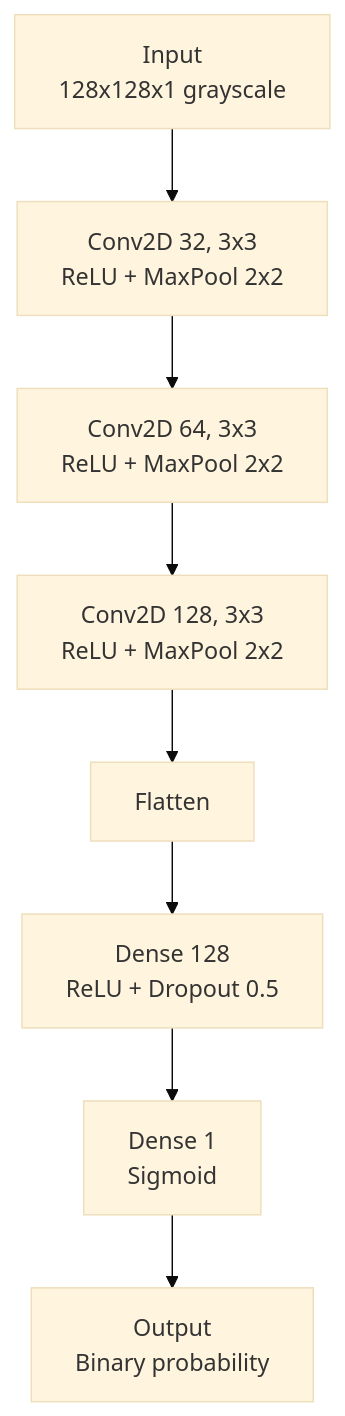
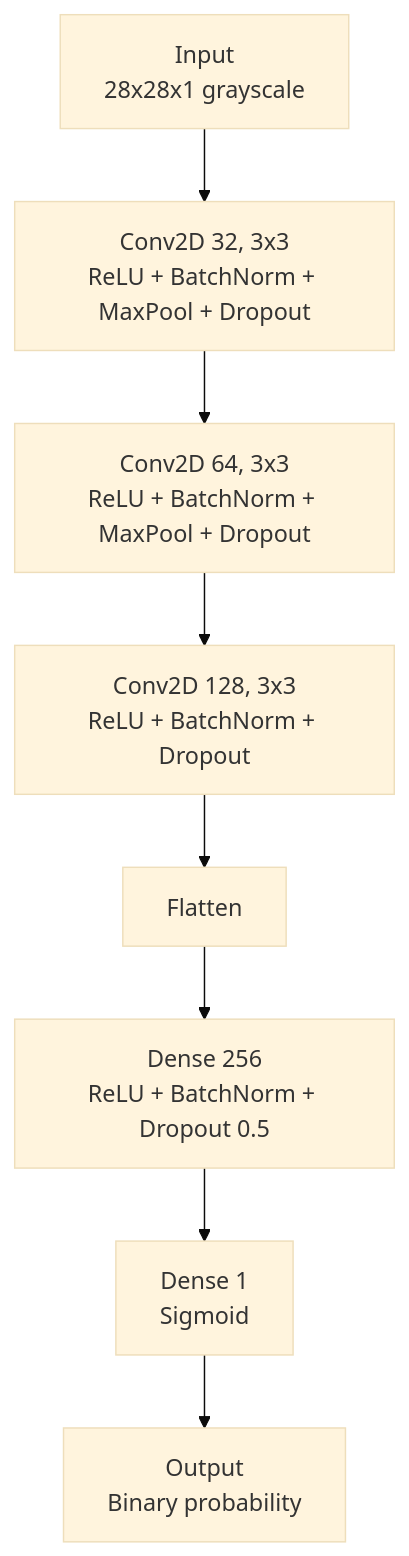
The fourth of 5 diagrams in .documentation/architecture.md (mc-ondros/DoodleParty), drawn with Mermaid (base theme) before and after one commit. The commit also changed other lines of this file and 28 other files, not shown here.

````diff
--- a/.documentation/architecture.md
+++ b/.documentation/architecture.md
@@ -133,10 +141,10 @@
 ```mermaid
 graph TB
-    Input[Input<br/>128x128x1 grayscale] --> Conv1[Conv2D 32, 3x3<br/>ReLU + MaxPool 2x2]
-    Conv1 --> Conv2[Conv2D 64, 3x3<br/>ReLU + MaxPool 2x2]
-    Conv2 --> Conv3[Conv2D 128, 3x3<br/>ReLU + MaxPool 2x2]
+    Input[Input<br/>28x28x1 grayscale] --> Conv1[Conv2D 32, 3x3<br/>ReLU + BatchNorm + MaxPool + Dropout]
+    Conv1 --> Conv2[Conv2D 64, 3x3<br/>ReLU + BatchNorm + MaxPool + Dropout]
+    Conv2 --> Conv3[Conv2D 128, 3x3<br/>ReLU + BatchNorm + Dropout]
     Conv3 --> Flatten[Flatten]
-    Flatten --> Dense1[Dense 128<br/>ReLU + Dropout 0.5]
+    Flatten --> Dense1[Dense 256<br/>ReLU + BatchNorm + Dropout 0.5]
     Dense1 --> Dense2[Dense 1<br/>Sigmoid]
     Dense2 --> Output[Output<br/>Binary probability]
 ```
````
